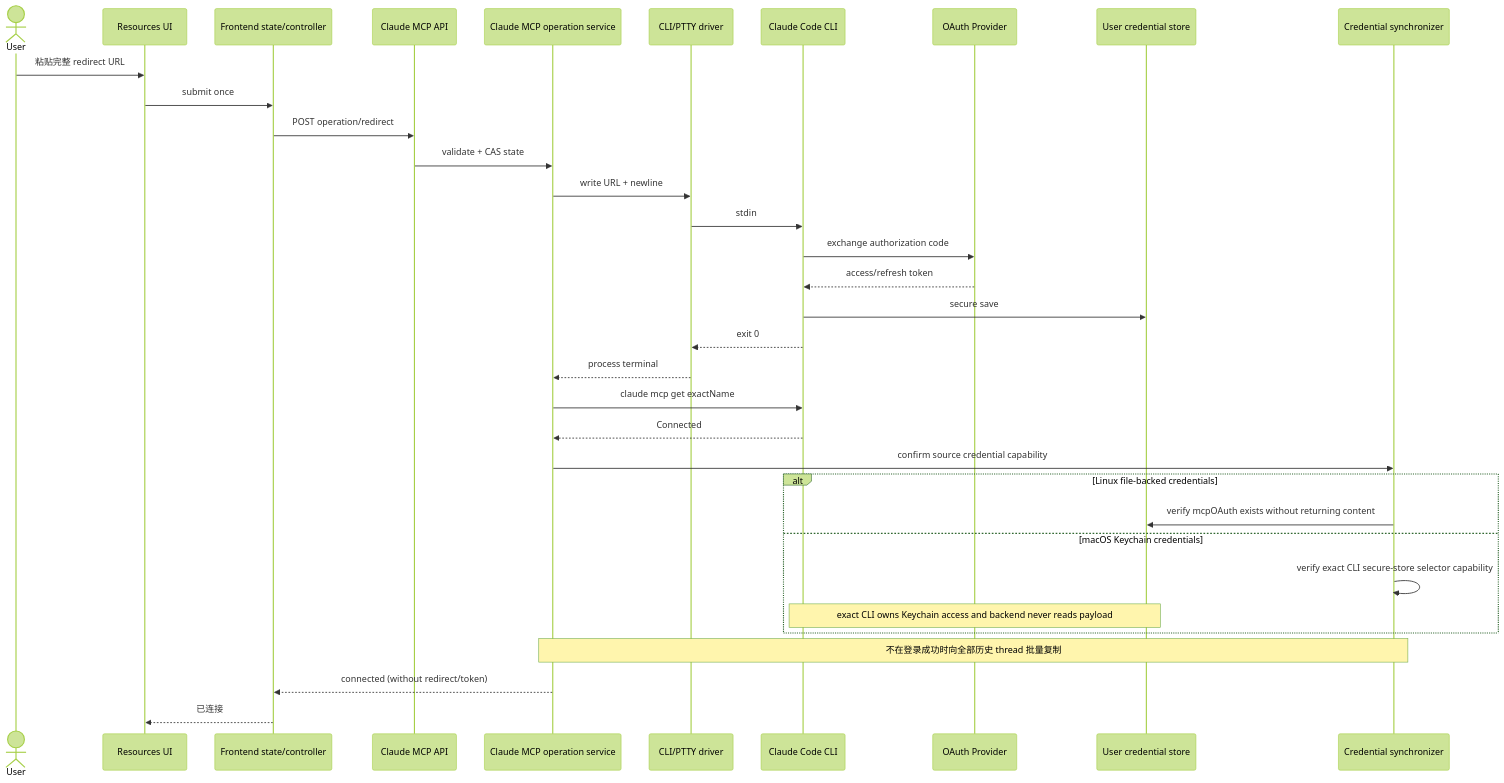
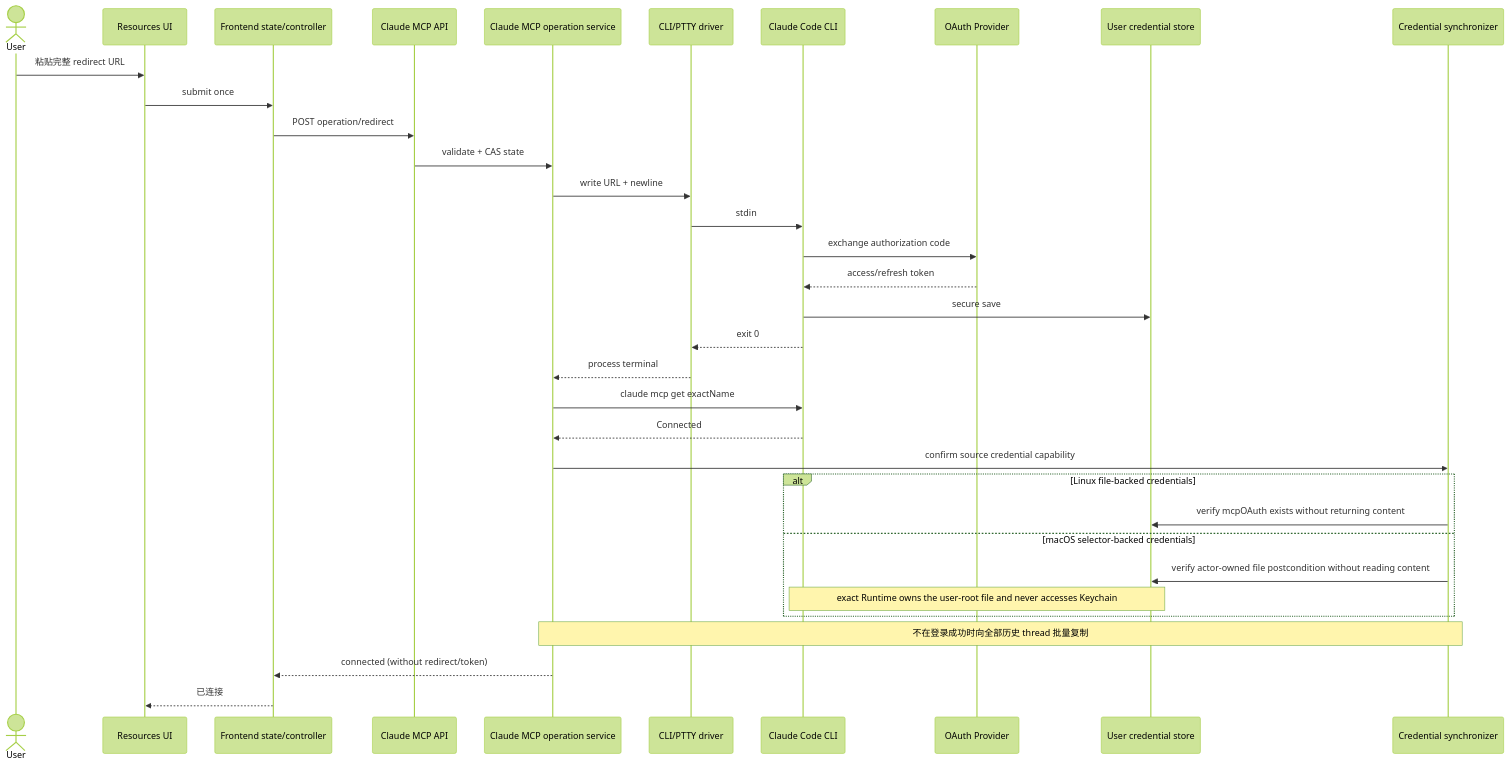
Before and after one commit to glide-the/im-dream: the fourth of 9 diagrams in docs/design/claude-mcp/claude-mcp-resource-connector-design.md, drawn with Mermaid (forest theme). The commit also changed other lines of this file and 8 other files, not shown here.

Commit message:
docs: update custom Claude runtime architecture

````diff
--- a/docs/design/claude-mcp/claude-mcp-resource-connector-design.md
+++ b/docs/design/claude-mcp/claude-mcp-resource-connector-design.md
@@ -537,36 +536,36 @@
 ```mermaid
 sequenceDiagram
   actor User
   participant UI as Resources UI
   participant FC as Frontend state/controller
   participant API as Claude MCP API
   participant SVC as Claude MCP operation service
   participant PTY as CLI/PTTY driver
   participant CLI as Claude Code CLI
   participant OP as OAuth Provider
   participant SEC as User credential store
   participant SYNC as Credential synchronizer
   User->>UI: 粘贴完整 redirect URL
   UI->>FC: submit once
   FC->>API: POST operation/redirect
   API->>SVC: validate + CAS state
   SVC->>PTY: write URL + newline
   PTY->>CLI: stdin
   CLI->>OP: exchange authorization code
   OP-->>CLI: access/refresh token
   CLI->>SEC: secure save
   CLI-->>PTY: exit 0
   PTY-->>SVC: process terminal
   SVC->>CLI: claude mcp get exactName
   CLI-->>SVC: Connected
   SVC->>SYNC: confirm source credential capability
   alt Linux file-backed credentials
     SYNC->>SEC: verify mcpOAuth exists without returning content
-  else macOS Keychain credentials
-    SYNC->>SYNC: verify exact CLI secure-store selector capability
-    Note over CLI,SEC: exact CLI owns Keychain access and backend never reads payload
+  else macOS selector-backed credentials
+    SYNC->>SEC: verify actor-owned file postcondition without reading content
+    Note over CLI,SEC: exact Runtime owns the user-root file and never accesses Keychain
   end
   Note over SVC,SYNC: 不在登录成功时向全部历史 thread 批量复制
   SVC-->>FC: connected (without redirect/token)
   FC-->>UI: 已连接
 ```
````
